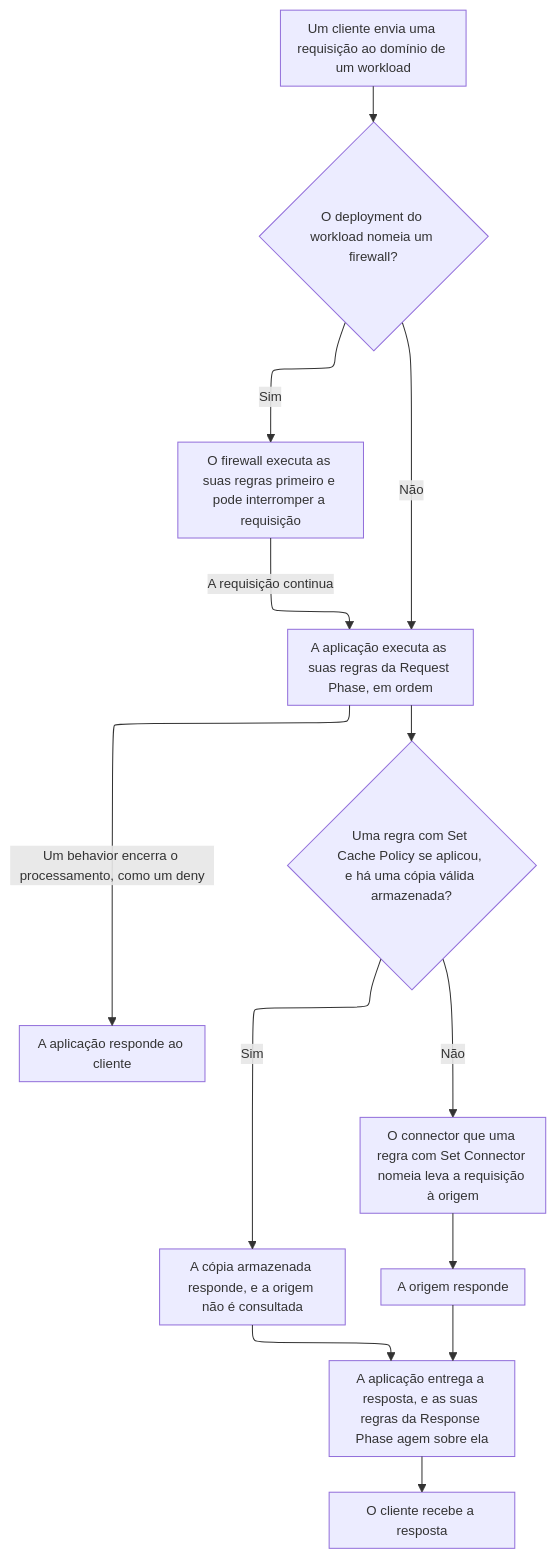
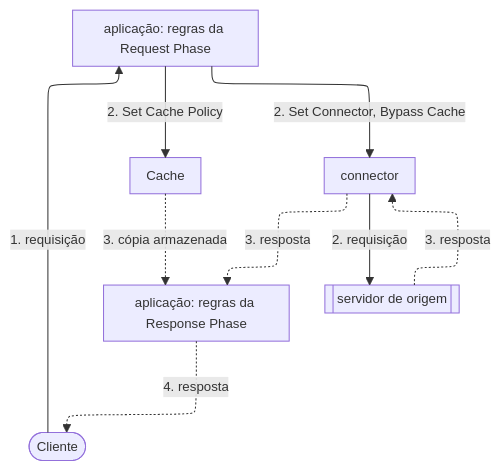
One commit to aziontech/docs changed the second of 3 diagrams in apps/docs/src/content/docs/pt-br/pages/build/applications/como-funciona.mdx. Above: the diagram before and after it, drawn with Mermaid. The commit also changed other lines of this file and 3 other files, not shown here.

First line of the commit message:
docs(applications): rewrite the Overview and How it works, and redraw their diagrams

````diff
--- a/apps/docs/src/content/docs/pt-br/pages/build/applications/como-funciona.mdx
+++ b/apps/docs/src/content/docs/pt-br/pages/build/applications/como-funciona.mdx
@@ -30,16 +73,18 @@
 ```mermaid
-%%{init: {"layout": "elk", "themeVariables": {"fontSize": "13px"}, "flowchart": {"nodeSpacing": 24, "rankSpacing": 36, "padding": 8, "wrappingWidth": 150, "useMaxWidth": true}, "sequence": {"width": 120, "actorMargin": 30, "useMaxWidth": true}}}%%
+%%{init: {"layout": "elk", "elk": {"cycleBreakingStrategy": "MODEL_ORDER"}, "themeVariables": {"fontSize": "13px"}, "flowchart": {"nodeSpacing": 24, "rankSpacing": 36, "padding": 8, "wrappingWidth": 150, "useMaxWidth": true}, "sequence": {"width": 120, "actorMargin": 30, "useMaxWidth": true}}}%%
 flowchart TD
-  Client["Um cliente envia uma requisição ao domínio de um workload"] --> Fw{"O deployment do workload nomeia um firewall?"}
-  Fw -->|"Sim"| Firewall["O firewall executa as suas regras primeiro e pode interromper a requisição"]
-  Fw -->|"Não"| Req["A aplicação executa as suas regras da Request Phase, em ordem"]
-  Firewall -->|"A requisição continua"| Req
-  Req -->|"Um behavior encerra o processamento, como um deny"| Answer["A aplicação responde ao cliente"]
-  Req --> Copy{"Uma regra com Set Cache Policy se aplicou, e há uma cópia válida armazenada?"}
-  Copy -->|"Sim"| Stored["A cópia armazenada responde, e a origem não é consultada"]
-  Copy -->|"Não"| Conn["O connector que uma regra com Set Connector nomeia leva a requisição à origem"]
-  Conn --> Origin["A origem responde"]
-  Stored --> Resp["A aplicação entrega a resposta, e as suas regras da Response Phase agem sobre ela"]
-  Origin --> Resp
-  Resp --> Done["O cliente recebe a resposta"]
+  Client(["Cliente"])
+  ReqRules["aplicação: regras da Request Phase"]
+  RespRules["aplicação: regras da Response Phase"]
+  Cache["Cache"]
+  Conn["connector"]
+  Origin[["servidor de origem"]]
+  Client -->|"1. requisição"| ReqRules
+  ReqRules -->|"2. Set Cache Policy"| Cache
+  ReqRules -->|"2. Set Connector, Bypass Cache"| Conn
+  Conn -->|"2. requisição"| Origin
+  Cache -.->|"3. cópia armazenada"| RespRules
+  Origin -.->|"3. resposta"| Conn
+  Conn -.->|"3. resposta"| RespRules
+  RespRules -.->|"4. resposta"| Client
 ```
````
